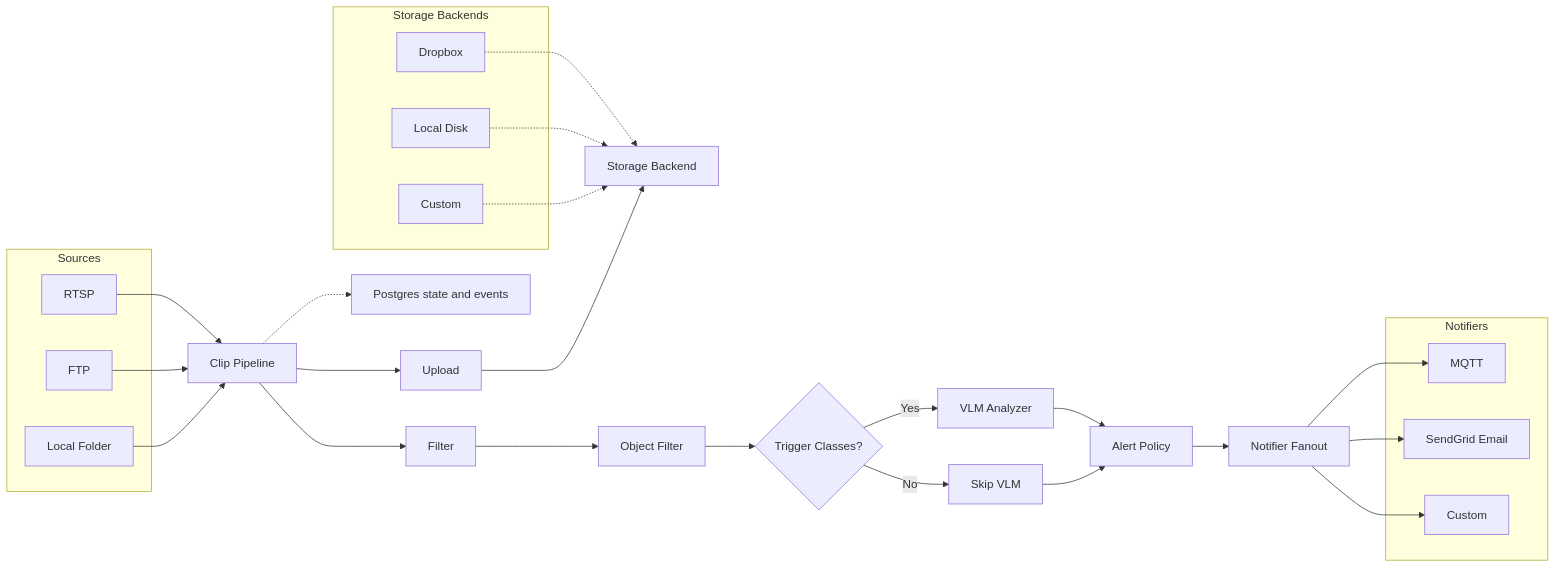
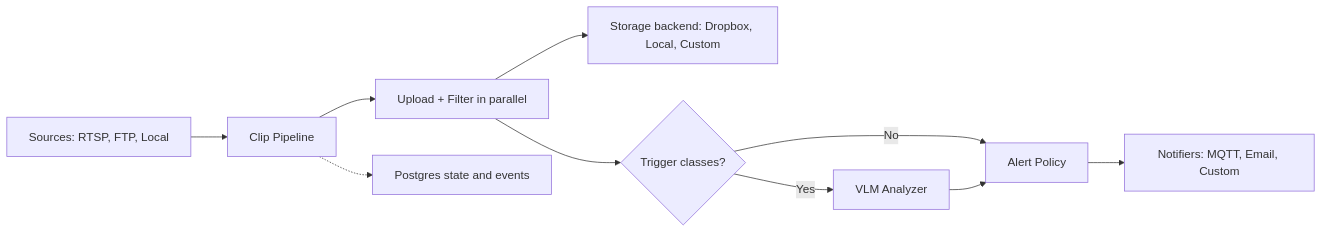
The first of 2 diagrams in README.md (lan17/homesec), drawn with Mermaid before and after one commit. The commit also changed other lines of this file, not shown here.

Commit message:
simplify

````diff
--- a/README.md
+++ b/README.md
@@ -26,45 +26,12 @@
 ```mermaid
 flowchart LR
-    subgraph Sources
-        S1[RTSP]
-        S2[FTP]
-        S3[Local Folder]
-    end
-
-    S1 --> P[Clip Pipeline]
-    S2 --> P
-    S3 --> P
-
-    P --> U[Upload]
-    P --> F[Filter]
-
-    subgraph Storage Backends
-        D1[Dropbox]
-        D2[Local Disk]
-        D3[Custom]
-    end
-    D1 -.-> SB[Storage Backend]
-    D2 -.-> SB
-    D3 -.-> SB
-    U --> SB
-
-    F --> OF[Object Filter]
-    OF --> T{Trigger Classes?}
+    S[Sources: RTSP, FTP, Local] --> P[Clip Pipeline]
+    P --> UF[Upload + Filter in parallel]
+    UF --> SB[Storage backend: Dropbox, Local, Custom]
+    UF --> T{Trigger classes?}
     T -->|Yes| V[VLM Analyzer]
-    T -->|No| SK[Skip VLM]
-    V --> AP[Alert Policy]
-    SK --> AP
-
-    AP --> N[Notifier Fanout]
-
-    subgraph Notifiers
-        N1[MQTT]
-        N2[SendGrid Email]
-        N3[Custom]
-    end
-    N --> N1
-    N --> N2
-    N --> N3
-
+    T -->|No| AP[Alert Policy]
+    V --> AP
+    AP --> N[Notifiers: MQTT, Email, Custom]
     P -.-> DB[Postgres state and events]
 ```
````
